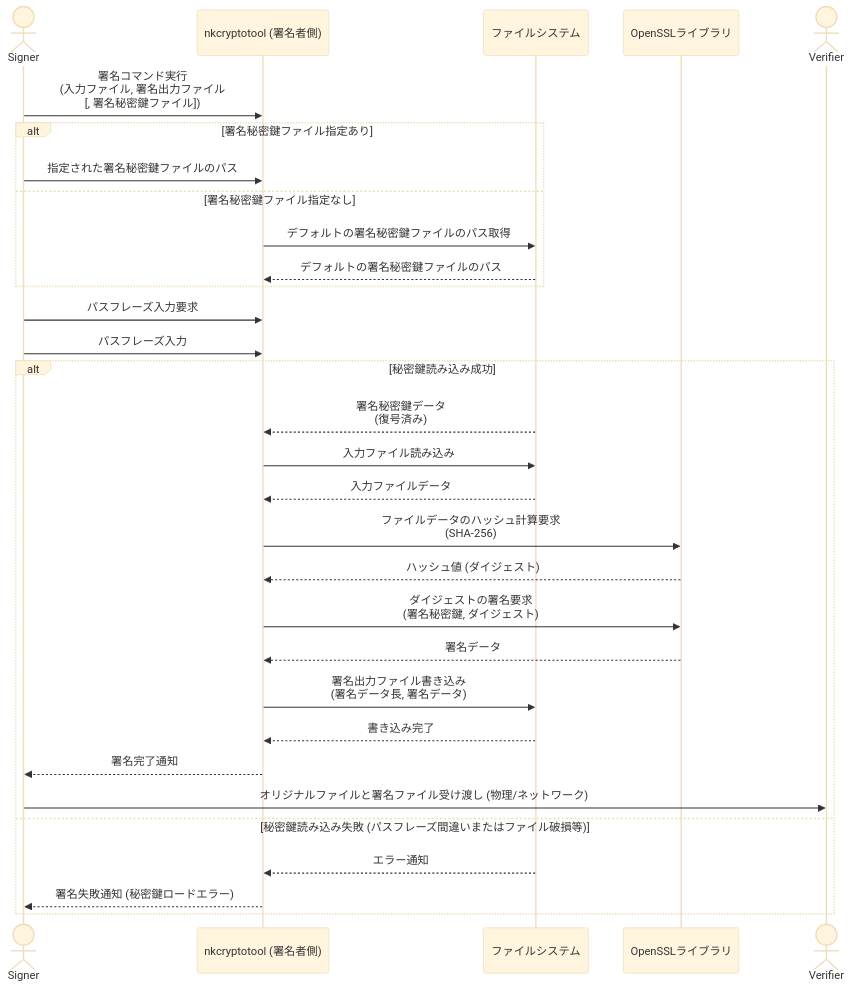
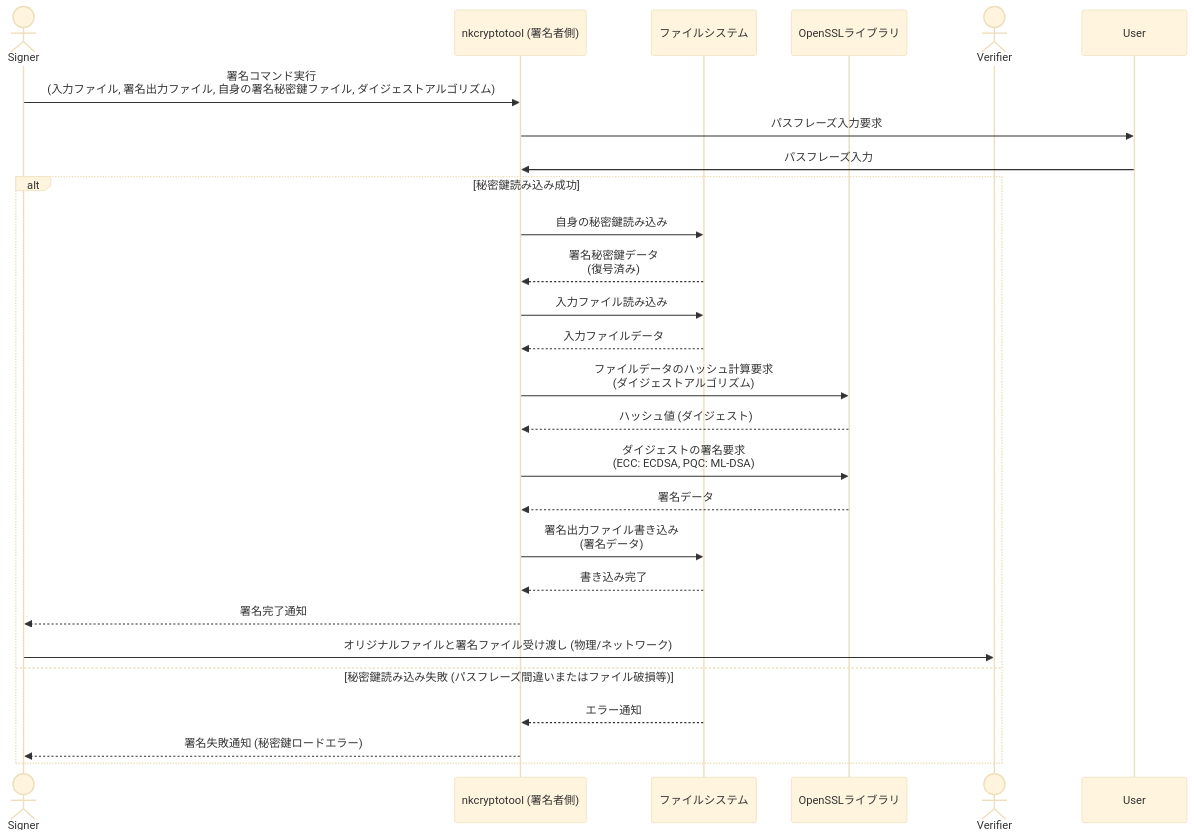
One commit to nkoriyama/nkCryptoTool changed the fifth of 6 diagrams in README.md. Above: the diagram before and after it, drawn with Mermaid (base theme). The commit also changed other lines of this file and 1 other file, not shown here.

````diff
--- a/README.md
+++ b/README.md
@@ -407,34 +381,29 @@
 ```mermaid
 sequenceDiagram
     actor Signer
     participant Signer_nkcryptotool as nkcryptotool (署名者側)
     participant FileSystem as ファイルシステム
     participant OpenSSL as OpenSSLライブラリ
     actor Verifier
 
-    Signer->>Signer_nkcryptotool: 署名コマンド実行<br>(入力ファイル, 署名出力ファイル<br>[, 署名秘密鍵ファイル])
-    alt 署名秘密鍵ファイル指定あり
-        Signer->>Signer_nkcryptotool: 指定された署名秘密鍵ファイルのパス
-    else 署名秘密鍵ファイル指定なし
-        Signer_nkcryptotool->>FileSystem: デフォルトの署名秘密鍵ファイルのパス取得
-        FileSystem-->>Signer_nkcryptotool: デフォルトの署名秘密鍵ファイルのパス
-    end
-    Signer->>Signer_nkcryptotool: パスフレーズ入力要求
-    Signer->>Signer_nkcryptotool: パスフレーズ入力
+    Signer->>Signer_nkcryptotool: 署名コマンド実行<br>(入力ファイル, 署名出力ファイル, 自身の署名秘密鍵ファイル, ダイジェストアルゴリズム)
+    Signer_nkcryptotool->>User: パスフレーズ入力要求
+    User->>Signer_nkcryptotool: パスフレーズ入力
     alt 秘密鍵読み込み成功
+        Signer_nkcryptotool->>FileSystem: 自身の秘密鍵読み込み
         FileSystem-->>Signer_nkcryptotool: 署名秘密鍵データ<br>(復号済み)
         Signer_nkcryptotool->>FileSystem: 入力ファイル読み込み
         FileSystem-->>Signer_nkcryptotool: 入力ファイルデータ
-        Signer_nkcryptotool->>OpenSSL: ファイルデータのハッシュ計算要求<br>(SHA-256)
+        Signer_nkcryptotool->>OpenSSL: ファイルデータのハッシュ計算要求<br>(ダイジェストアルゴリズム)
         OpenSSL-->>Signer_nkcryptotool: ハッシュ値 (ダイジェスト)
-        Signer_nkcryptotool->>OpenSSL: ダイジェストの署名要求<br>(署名秘密鍵, ダイジェスト)
+        Signer_nkcryptotool->>OpenSSL: ダイジェストの署名要求<br>(ECC: ECDSA, PQC: ML-DSA)
         OpenSSL-->>Signer_nkcryptotool: 署名データ
-        Signer_nkcryptotool->>FileSystem: 署名出力ファイル書き込み<br>(署名データ長, 署名データ)
+        Signer_nkcryptotool->>FileSystem: 署名出力ファイル書き込み<br>(署名データ)
         FileSystem-->>Signer_nkcryptotool: 書き込み完了
         Signer_nkcryptotool-->>Signer: 署名完了通知
         Signer->>Verifier: オリジナルファイルと署名ファイル受け渡し (物理/ネットワーク)
     else 秘密鍵読み込み失敗 (パスフレーズ間違いまたはファイル破損等)
         FileSystem-->>Signer_nkcryptotool: エラー通知
         Signer_nkcryptotool-->>Signer: 署名失敗通知 (秘密鍵ロードエラー)
     end
 ```
````
